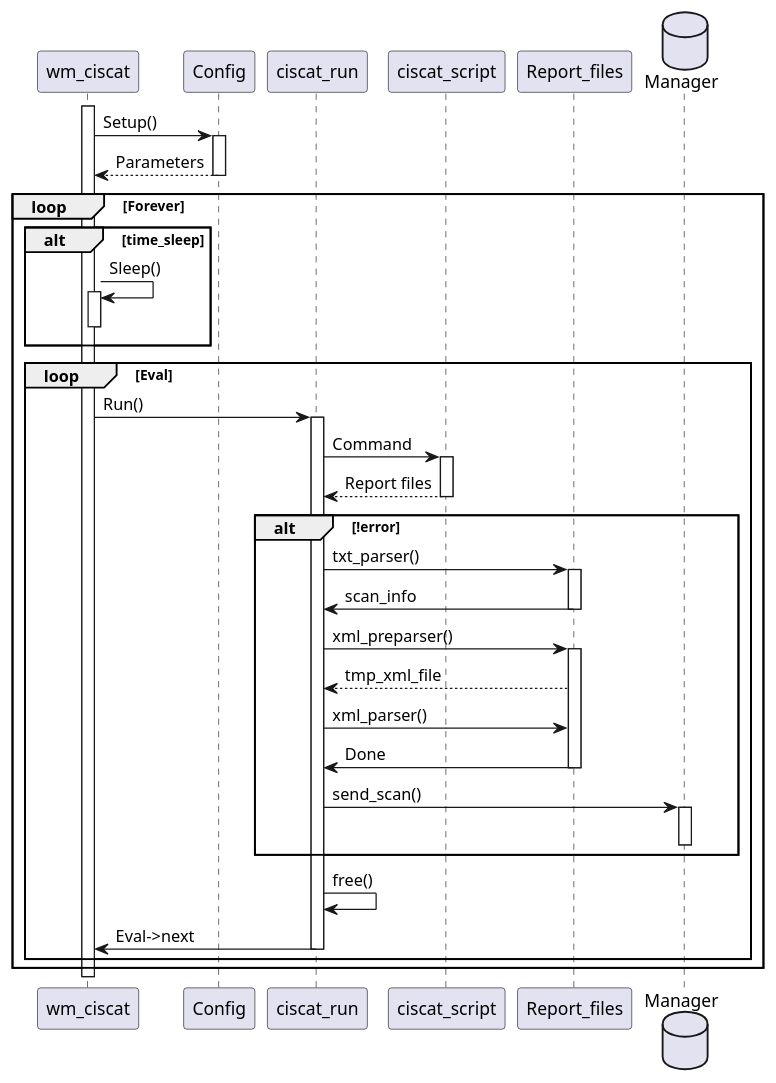
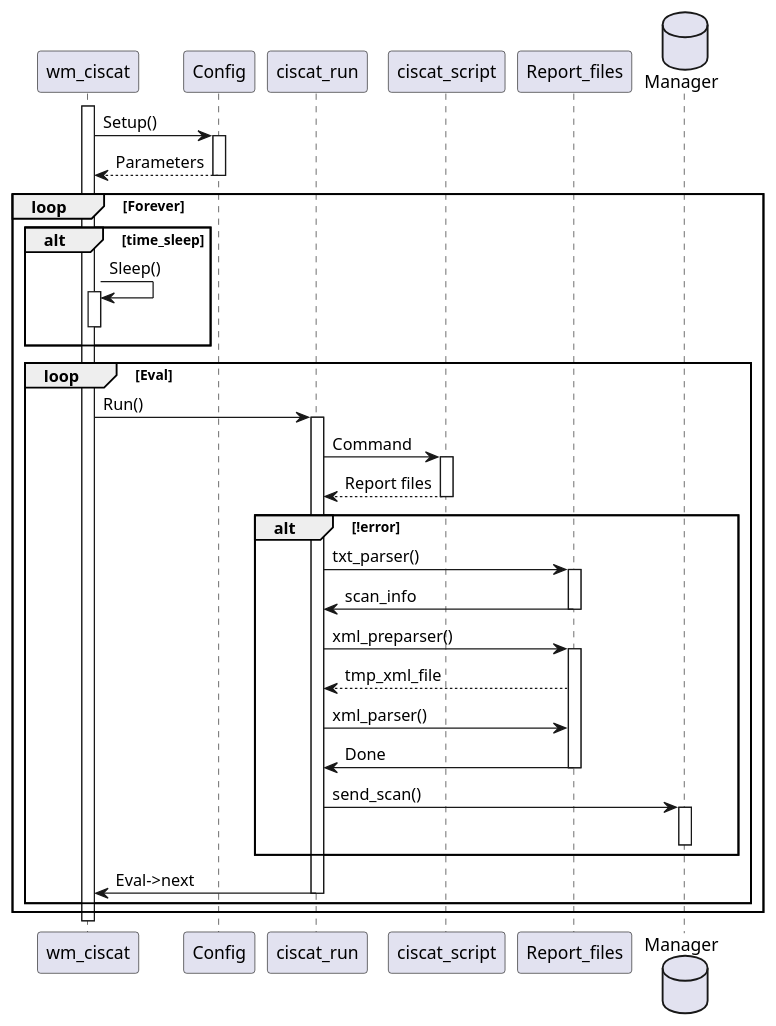
The diagram in architecture/wm_ciscat/001-sequence.puml (wazuh/wazuh-agent), drawn with PlantUML before and after one commit. The commit also changed 1 other file, not shown here.

Commit message:
Minor fixes on sequence diagram and Readme file

```diff
--- a/architecture/wm_ciscat/001-sequence.puml
+++ b/architecture/wm_ciscat/001-sequence.puml
@@ -5,46 +5,45 @@
 @startuml cis-cat_diagram
 activate wm_ciscat
 
 wm_ciscat -> Config: Setup()
 activate Config
 wm_ciscat <-- Config: Parameters
 deactivate Config
 
 loop Forever
     alt time_sleep
         wm_ciscat -> wm_ciscat: Sleep()
         activate wm_ciscat
         deactivate wm_ciscat
     end
 
     loop Eval
         wm_ciscat -> ciscat_run: Run()
         activate ciscat_run
         ciscat_run -> ciscat_script: Command
         activate ciscat_script
         ciscat_script --> ciscat_run: Report files
         deactivate ciscat_script
         alt !error
             ciscat_run -> Report_files: txt_parser()
             activate Report_files
             Report_files -> ciscat_run: scan_info
             deactivate Report_files
             ciscat_run -> Report_files: xml_preparser()
             activate Report_files
             Report_files --> ciscat_run: tmp_xml_file
             ciscat_run -> Report_files: xml_parser()
             Report_files -> ciscat_run: Done
             deactivate Report_files
             database Manager
             ciscat_run -> Manager: send_scan()
             activate Manager
             deactivate Manager
         end
-        ciscat_run -> ciscat_run: free()
         ciscat_run -> wm_ciscat: Eval->next
         deactivate ciscat_run
     end
 end
 
 deactivate wm_ciscat
 @enduml
```
